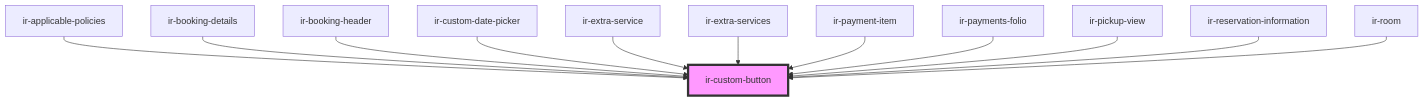
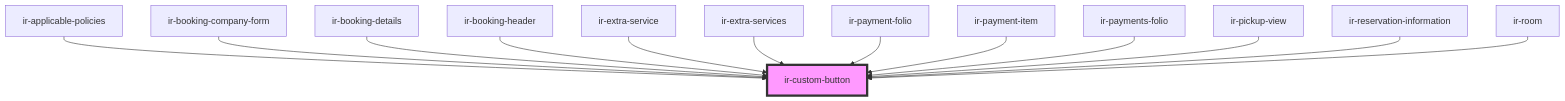
Before and after one commit to David1Chowaifaty/modified-ir-webcmp: the diagram in src/components/ui/ir-custom-button/readme.md, drawn with Mermaid. The commit also changed other lines of this file and 25 other files, not shown here.

````diff
--- a/src/components/ui/ir-custom-button/readme.md
+++ b/src/components/ui/ir-custom-button/readme.md
@@ -58,15 +60,16 @@
 ```mermaid
 graph TD;
   ir-applicable-policies --> ir-custom-button
+  ir-booking-company-form --> ir-custom-button
   ir-booking-details --> ir-custom-button
   ir-booking-header --> ir-custom-button
-  ir-custom-date-picker --> ir-custom-button
   ir-extra-service --> ir-custom-button
   ir-extra-services --> ir-custom-button
+  ir-payment-folio --> ir-custom-button
   ir-payment-item --> ir-custom-button
   ir-payments-folio --> ir-custom-button
   ir-pickup-view --> ir-custom-button
   ir-reservation-information --> ir-custom-button
   ir-room --> ir-custom-button
   style ir-custom-button fill:#f9f,stroke:#333,stroke-width:4px
 ```
````
